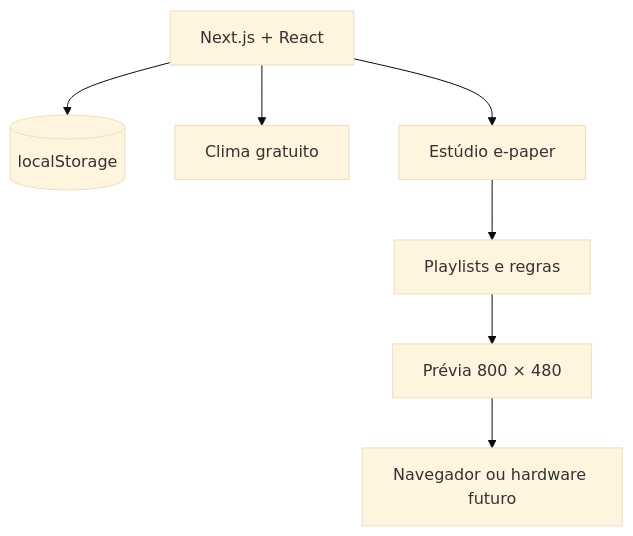
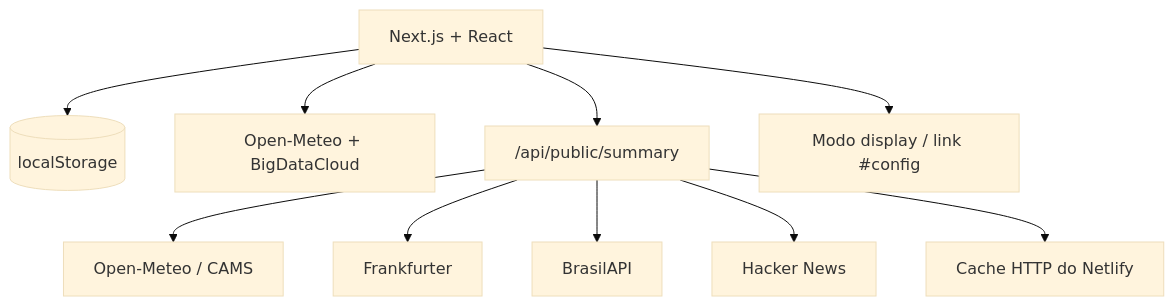
The diagram in README.md (RaphaelTW/LumaBoard), drawn with Mermaid (base theme) before and after one commit. The commit also changed other lines of this file and 15 other files, not shown here.

````diff
--- a/README.md
+++ b/README.md
@@ -130,9 +89,12 @@
 ```mermaid
 flowchart TD
-    UI["Next.js + React"] --> Storage[("localStorage")]
-    UI --> Weather["Clima gratuito"]
-    UI --> Studio["Estúdio e-paper"]
-    Studio --> Queue["Playlists e regras"]
-    Queue --> Preview["Prévia 800 × 480"]
-    Preview --> Device["Navegador ou hardware futuro"]
+    Browser["Next.js + React"] --> Local[("localStorage")]
+    Browser --> Weather["Open-Meteo + BigDataCloud"]
+    Browser --> Route["/api/public/summary"]
+    Route --> Air["Open-Meteo / CAMS"]
+    Route --> FX["Frankfurter"]
+    Route --> Holidays["BrasilAPI"]
+    Route --> News["Hacker News"]
+    Route --> CDN["Cache HTTP do Netlify"]
+    Browser --> Display["Modo display / link #config"]
 ```
````
